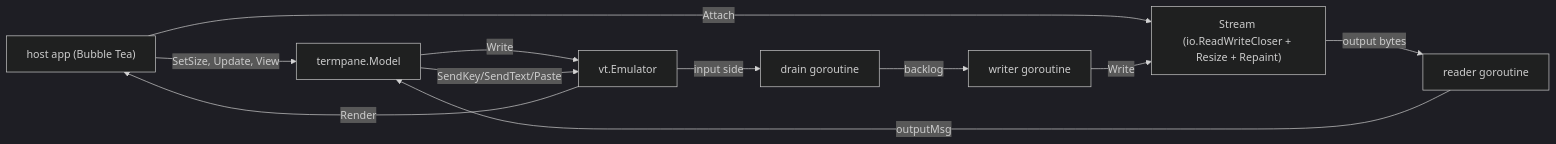
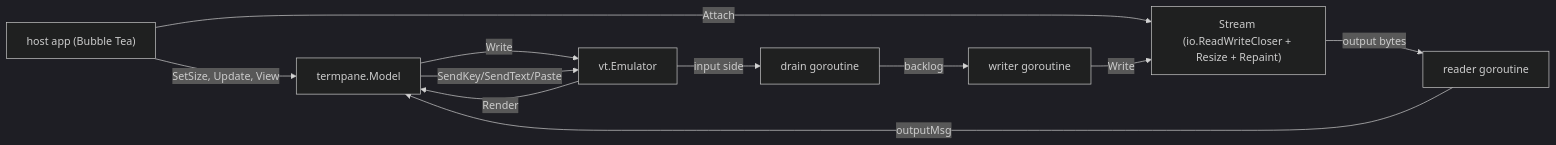
One commit to discobox-ai/discobox changed the diagram in termpane/DESIGN.md. Above: the diagram before and after it, drawn with Mermaid (dark theme). The commit also changed other lines of this file and 37 other files, not shown here.

````diff
--- a/termpane/DESIGN.md
+++ b/termpane/DESIGN.md
@@ -23,13 +23,13 @@
 ```mermaid
 flowchart LR
     Host["host app (Bubble Tea)"] -->|SetSize, Update, View| M["termpane.Model"]
     Host -->|Attach| S["Stream (io.ReadWriteCloser + Resize + Repaint)"]
     S -->|output bytes| R["reader goroutine"]
     R -->|outputMsg| M
     M -->|Write| E["vt.Emulator"]
-    E -->|Render| Host
+    E -->|Render| M
     M -->|SendKey/SendText/Paste| E
     E -->|input side| D["drain goroutine"]
     D -->|backlog| W["writer goroutine"]
     W -->|Write| S
 ```
````
